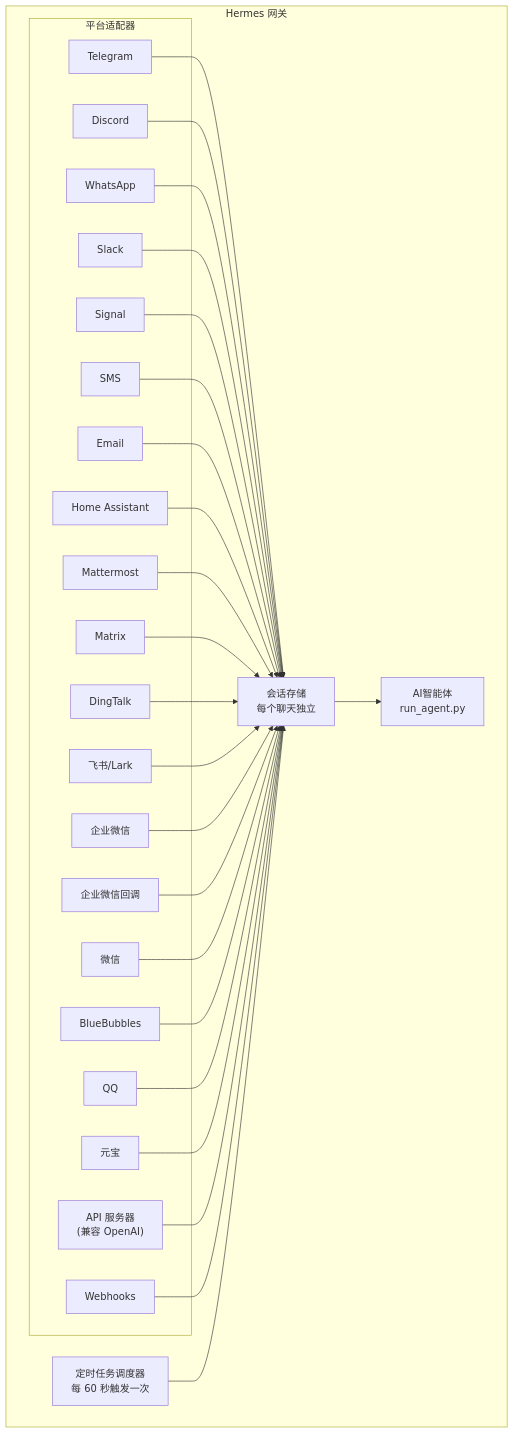
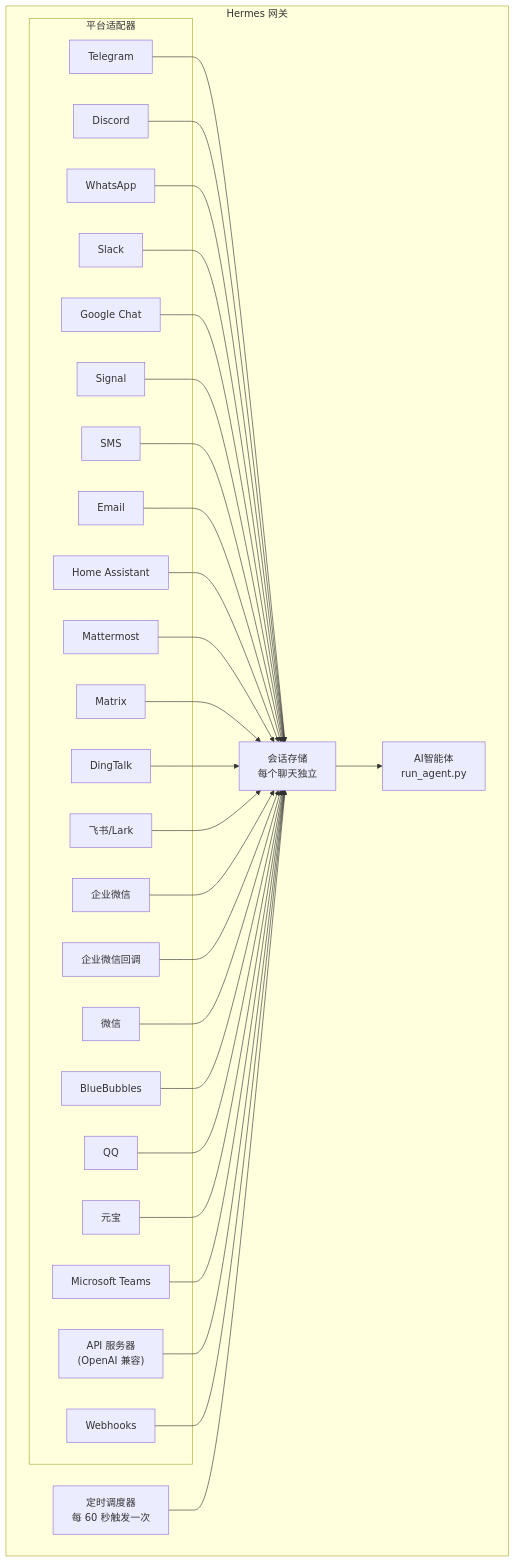
Before and after one commit to renxia/hermes-agent-docs: the diagram in i18n/zh-CN/docusaurus-plugin-content-docs/current/user-guide/messaging/index.md, drawn with Mermaid. The commit also changed other lines of this file and 402 other files, not shown here.

````diff
--- a/i18n/zh-CN/docusaurus-plugin-content-docs/current/user-guide/messaging/index.md
+++ b/i18n/zh-CN/docusaurus-plugin-content-docs/current/user-guide/messaging/index.md
@@ -40,54 +42,58 @@
 ```mermaid
 flowchart TB
     subgraph Gateway["Hermes 网关"]
         subgraph Adapters["平台适配器"]
             tg[Telegram]
             dc[Discord]
             wa[WhatsApp]
             sl[Slack]
+            gc[Google Chat]
             sig[Signal]
             sms[SMS]
             em[Email]
             ha[Home Assistant]
             mm[Mattermost]
             mx[Matrix]
             dt[DingTalk]
-            fs[飞书/Lark]
-            wc[企业微信]
-            wcb[企业微信回调]
-            wx[微信]
-            bb[BlueBubbles]
-            qq[QQ]
-            yb[元宝]
-            api["API 服务器<br/>(兼容 OpenAI)"]
-            wh[Webhooks]
+    fs[飞书/Lark]
+    wc[企业微信]
+    wcb[企业微信回调]
+    wx[微信]
+    bb[BlueBubbles]
+    qq[QQ]
+    yb[元宝]
+    ms[Microsoft Teams]
+    api["API 服务器<br/>(OpenAI 兼容)"]
+    wh[Webhooks]
         end
 
         store["会话存储<br/>每个聊天独立"]
         agent["AI智能体<br/>run_agent.py"]
-        cron["定时任务调度器<br/>每 60 秒触发一次"]
+        cron["定时调度器<br/>每 60 秒触发一次"]
     end
 
     tg --> store
     dc --> store
     wa --> store
     sl --> store
+    gc --> store
     sig --> store
     sms --> store
     em --> store
     ha --> store
     mm --> store
     mx --> store
     dt --> store
     fs --> store
     wc --> store
     wcb --> store
     wx --> store
     bb --> store
     qq --> store
     yb --> store
+    ms --> store
     api --> store
     wh --> store
     store --> agent
     cron --> store
 ```
````
